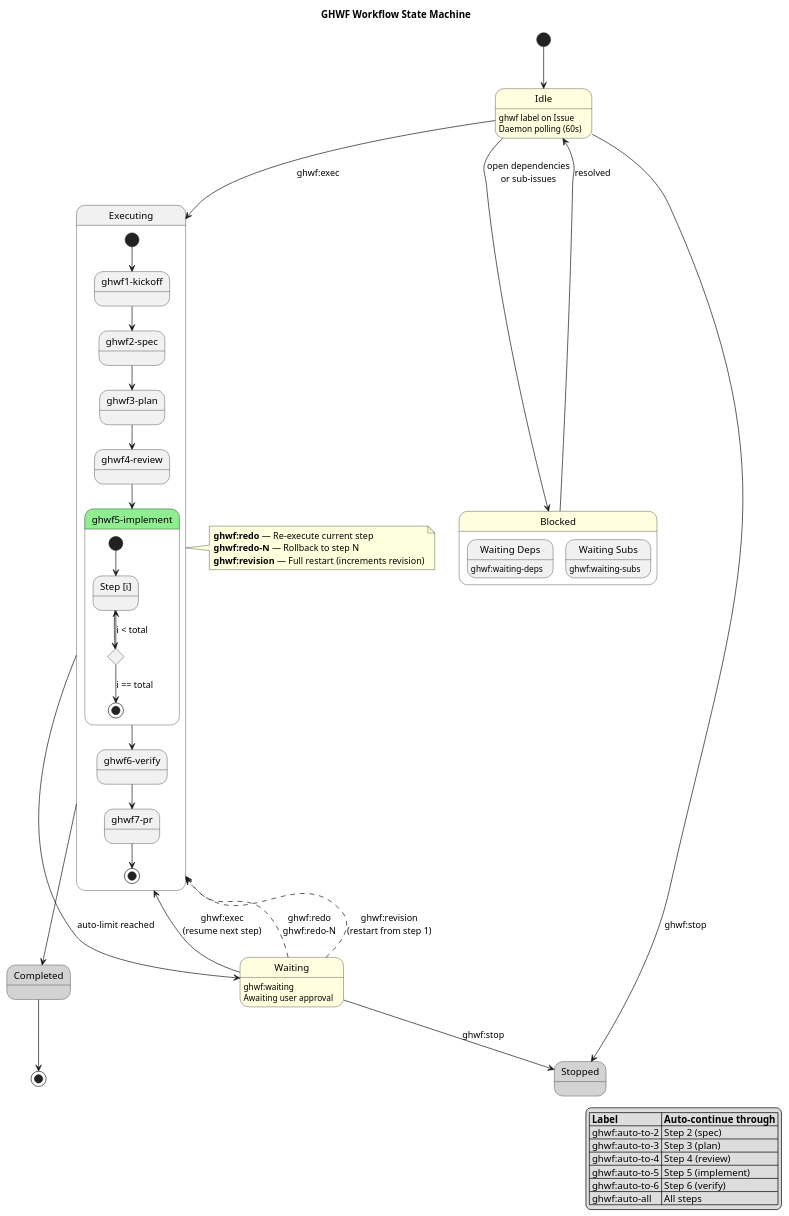
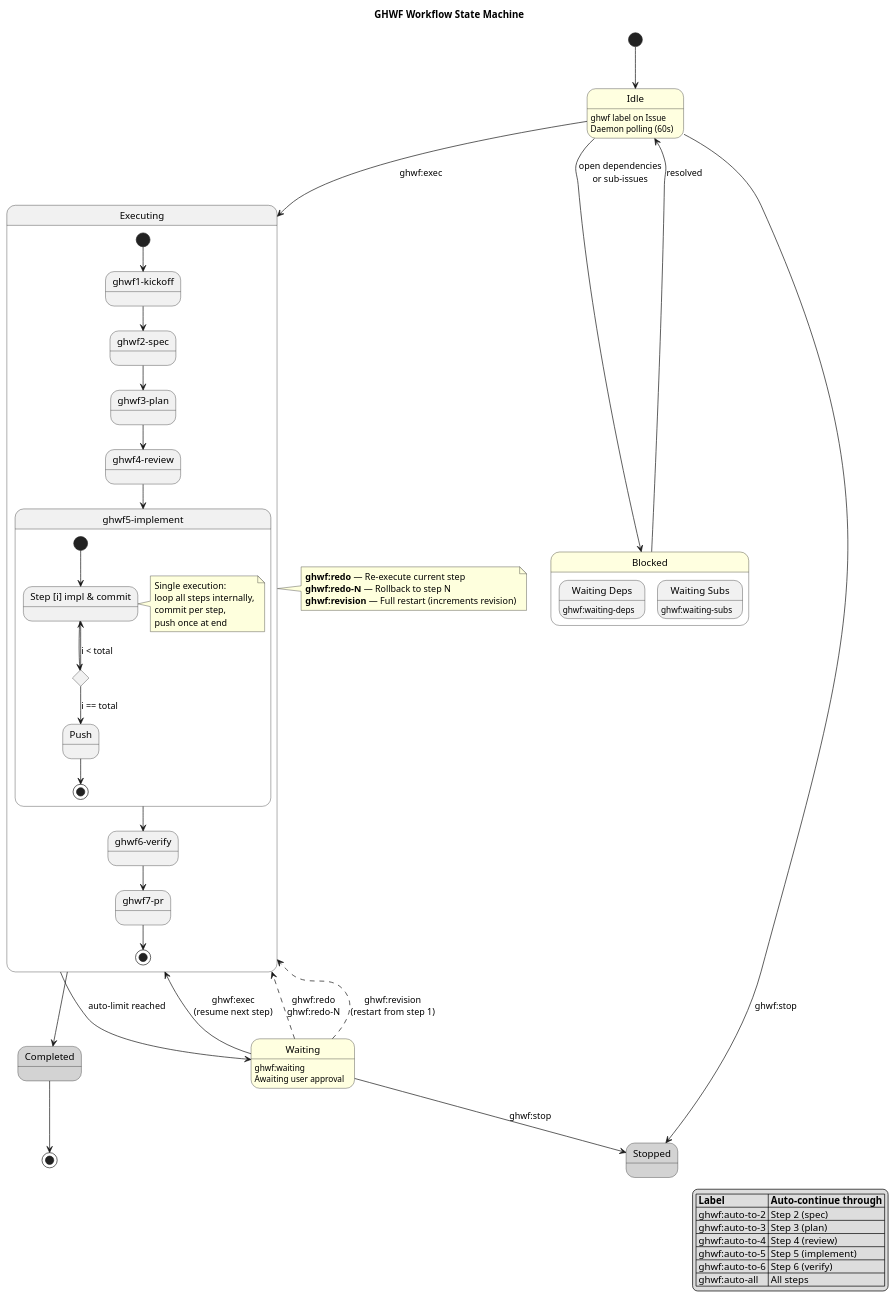
One commit to ShotaIuchi/dotclaude changed the diagram in docs/diagrams/ghwf-state-machine.puml. Above: the diagram before and after it, drawn with PlantUML. The commit also changed 4 other files, not shown here.

```diff
--- a/docs/diagrams/ghwf-state-machine.puml
+++ b/docs/diagrams/ghwf-state-machine.puml
@@ -1,108 +1,117 @@
 @startuml ghwf-state-machine
 title GHWF Workflow State Machine
 
 skinparam state {
   BackgroundColor<<loop>> LightGreen
   BackgroundColor<<terminal>> LightGray
   BackgroundColor<<daemon>> LightYellow
 }
 
 [*] --> Idle
 
 state "Idle" as Idle <<daemon>> {
   Idle : ghwf label on Issue
   Idle : Daemon polling (60s)
 }
 
 ' ===== Executing (ghwf1-7) =====
 
 state "Executing" as Exec {
 
   state "ghwf1-kickoff" as S1
   state "ghwf2-spec" as S2
   state "ghwf3-plan" as S3
   state "ghwf4-review" as S4
-  state "ghwf5-implement" as S5 <<loop>> {
-    state "Step [i]" as S5i
-    state "done?" as S5check <<choice>>
+  state "ghwf5-implement" as S5 {
+    state "Step [i] impl & commit" as S5i
+    state "all done?" as S5check <<choice>>
+    state "Push" as S5push
 
     [*] --> S5i
     S5i --> S5check
     S5check --> S5i : i < total
-    S5check --> [*] : i == total
+    S5check --> S5push : i == total
+    S5push --> [*]
+
+    note right of S5i
+      Single execution:
+      loop all steps internally,
+      commit per step,
+      push once at end
+    end note
   }
   state "ghwf6-verify" as S6
   state "ghwf7-pr" as S7
 
   [*] --> S1
   S1 --> S2
   S2 --> S3
   S3 --> S4
   S4 --> S5
   S5 --> S6
   S6 --> S7
   S7 --> [*]
 }
 
 ' ===== Normal Flow =====
 
 Idle --> Exec : ghwf:exec
 
 state "Completed" as Done <<terminal>>
 Exec --> Done
 Done --> [*]
 
 ' ===== Waiting / Approval =====
 
 state "Waiting" as Wait <<daemon>> {
   Wait : ghwf:waiting
   Wait : Awaiting user approval
 }
 
 Exec --> Wait : auto-limit reached
 Wait --> Exec : ghwf:exec\n(resume next step)
 
 ' ===== Redo / Revision =====
 
 Wait -[dashed]-> Exec : ghwf:redo\nghwf:redo-N
 Wait -[dashed]-> Exec : ghwf:revision\n(restart from step 1)
 
 note right of Exec
   **ghwf:redo** — Re-execute current step
   **ghwf:redo-N** — Rollback to step N
   **ghwf:revision** — Full restart (increments revision)
 end note
 
 ' ===== Blocking =====
 
 state "Blocked" as Block <<daemon>> {
   state "Waiting Deps" as WDep
   state "Waiting Subs" as WSub
 
   WDep : ghwf:waiting-deps
   WSub : ghwf:waiting-subs
 }
 
 Idle --> Block : open dependencies\nor sub-issues
 Block --> Idle : resolved
 
 ' ===== Stop =====
 
 state "Stopped" as Stop <<terminal>>
 
 Wait --> Stop : ghwf:stop
 Idle --> Stop : ghwf:stop
 
 ' ===== Legend =====
 
 legend right
   |= Label |= Auto-continue through |
   | ghwf:auto-to-2 | Step 2 (spec) |
   | ghwf:auto-to-3 | Step 3 (plan) |
   | ghwf:auto-to-4 | Step 4 (review) |
   | ghwf:auto-to-5 | Step 5 (implement) |
   | ghwf:auto-to-6 | Step 6 (verify) |
   | ghwf:auto-all | All steps |
 endlegend
 
 @enduml
```
